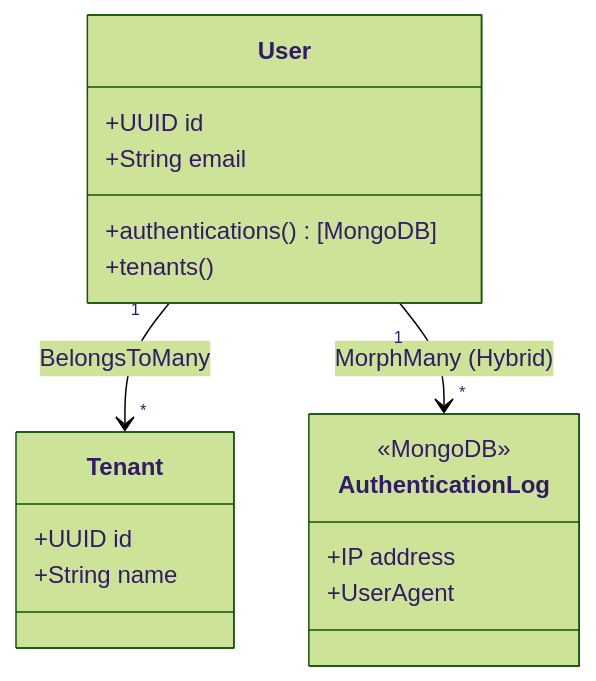
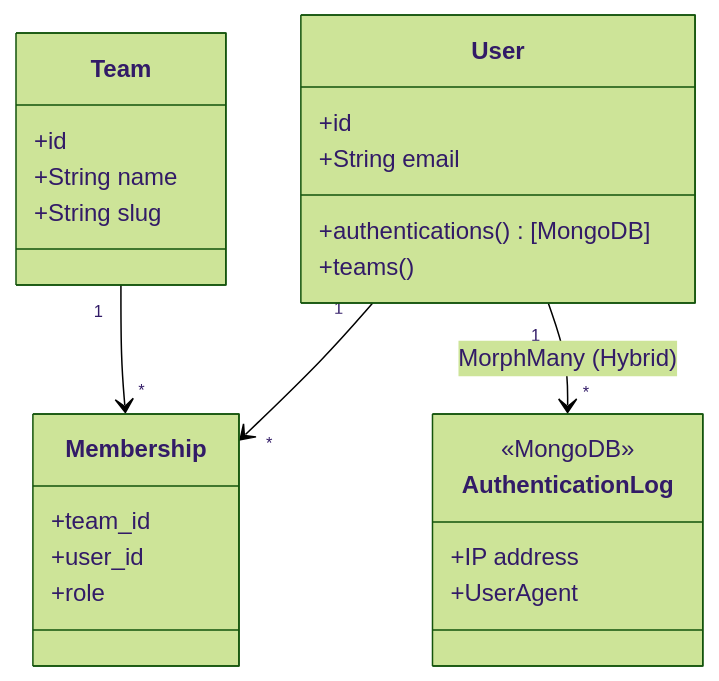
Before and after one commit to iurygdeoliveira/labSIS-KIT: the second of 2 diagrams in docs/04-backend-e-arquitetura/user-model.md, drawn with Mermaid (forest theme). The commit also changed other lines of this file and 111 other files, not shown here.

````diff
--- a/docs/04-backend-e-arquitetura/user-model.md
+++ b/docs/04-backend-e-arquitetura/user-model.md
@@ -157,21 +149,28 @@
 ```mermaid
 classDiagram
     class User {
-        +UUID id
+        +id
         +String email
         +authentications() [MongoDB]
-        +tenants()
+        +teams()
     }
-    class Tenant {
-        +UUID id
+    class Team {
+        +id
         +String name
+        +String slug
+    }
+    class Membership {
+        +team_id
+        +user_id
+        +role
     }
     class AuthenticationLog {
         <<MongoDB>>
         +IP address
         +UserAgent
     }
 
-    User "1" --> "*" Tenant : BelongsToMany
+    User "1" --> "*" Membership
+    Team "1" --> "*" Membership
     User "1" --> "*" AuthenticationLog : MorphMany (Hybrid)
 ```
````
